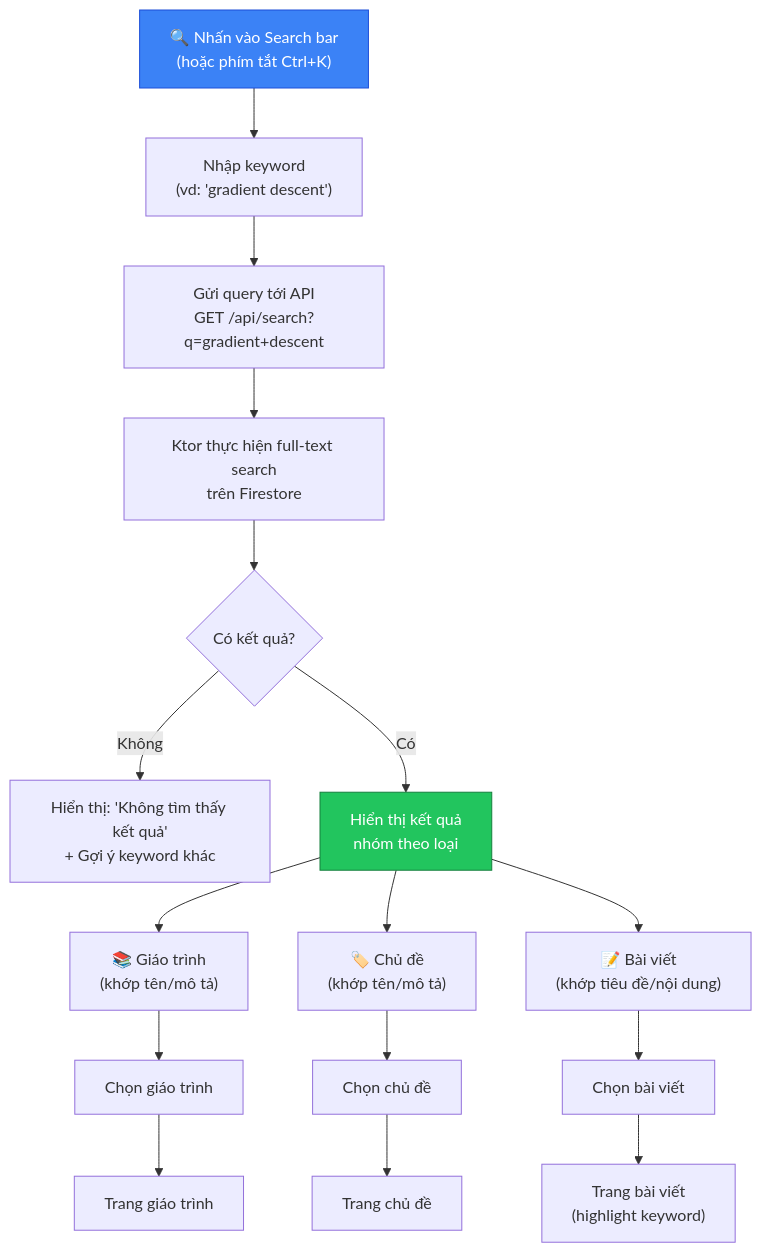
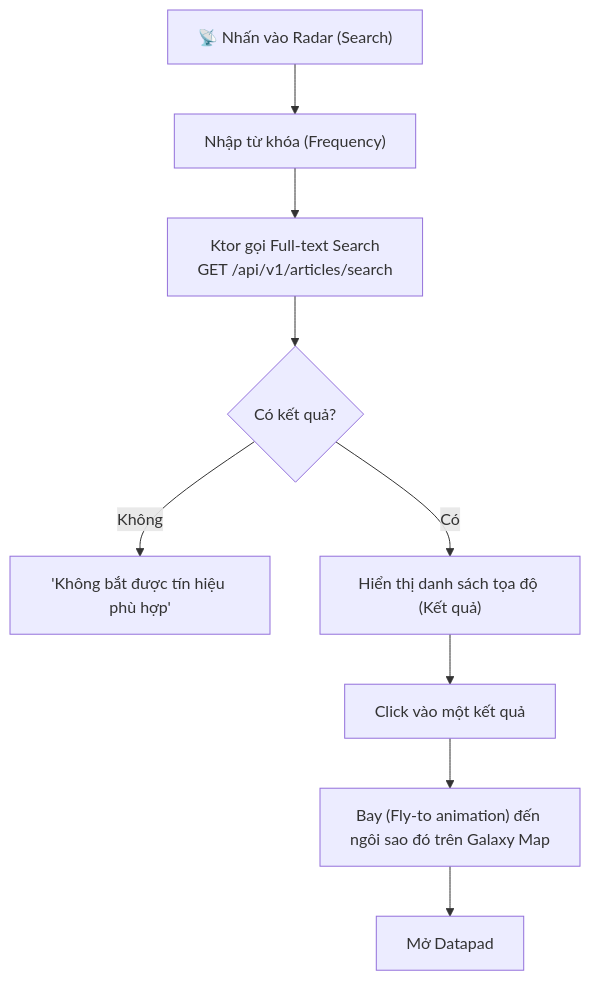
One commit to iAmHieu2012/Sequoia changed the third of 5 diagrams in docs/analysis/user-flows.md. Above: the diagram before and after it, drawn with Mermaid. The commit also changed other lines of this file and 20 other files, not shown here.

First line of the commit message:
feat: overhaul architecture to Sci-Fi Cosmos theme and implement backend models

````diff
--- a/docs/analysis/user-flows.md
+++ b/docs/analysis/user-flows.md
@@ -84,25 +70,13 @@
 ```mermaid
 flowchart TD
-    A["🔍 Nhấn vào Search bar<br/>(hoặc phím tắt Ctrl+K)"] --> B["Nhập keyword<br/>(vd: 'gradient descent')"]
-    B --> C["Gửi query tới API<br/>GET /api/search?q=gradient+descent"]
-    C --> D["Ktor thực hiện full-text search<br/>trên Firestore"]
-    D --> E{"Có kết quả?"}
-
-    E -->|"Không"| F["Hiển thị: 'Không tìm thấy kết quả'<br/>+ Gợi ý keyword khác"]
-    E -->|"Có"| G["Hiển thị kết quả<br/>nhóm theo loại"]
-
-    G --> H["📚 Giáo trình<br/>(khớp tên/mô tả)"]
-    G --> I["🏷️ Chủ đề<br/>(khớp tên/mô tả)"]
-    G --> J["📝 Bài viết<br/>(khớp tiêu đề/nội dung)"]
-
-    H --> K["Chọn giáo trình"]
-    I --> L["Chọn chủ đề"]
-    J --> M["Chọn bài viết"]
-
-    K --> N["Trang giáo trình"]
-    L --> O["Trang chủ đề"]
-    M --> P["Trang bài viết<br/>(highlight keyword)"]
-
-    style A fill:#3b82f6,stroke:#1d4ed8,color:#fff
-    style G fill:#22c55e,stroke:#15803d,color:#fff
+    A["📡 Nhấn vào Radar (Search)"] --> B["Nhập từ khóa (Frequency)"]
+    B --> C["Ktor gọi Full-text Search<br/>GET /api/v1/articles/search"]
+    C --> D{"Có kết quả?"}
+    
+    D -->|"Không"| E["'Không bắt được tín hiệu phù hợp'"]
+    D -->|"Có"| F["Hiển thị danh sách tọa độ (Kết quả)"]
+    
+    F --> G["Click vào một kết quả"]
+    G --> H["Bay (Fly-to animation) đến ngôi sao đó trên Galaxy Map"]
+    H --> I["Mở Datapad"]
 ```
````
